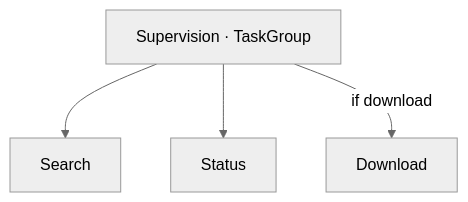
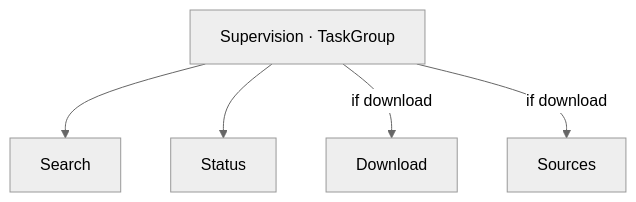
Before and after one commit to mission-titar/p2pwatch: the third of 12 diagrams in docs/contributing/architecture.md, drawn with Mermaid (neutral theme). The commit also changed other lines of this file and 10 other files, not shown here.

````diff
--- a/docs/contributing/architecture.md
+++ b/docs/contributing/architecture.md
@@ -120,7 +120,8 @@
 ```mermaid
 flowchart TB
   app["Supervision · TaskGroup"]
   app --> s["Search"]
   app --> st["Status"]
   app -->|"if download"| d["Download"]
+  app -->|"if download"| so["Sources"]
 ```
````
